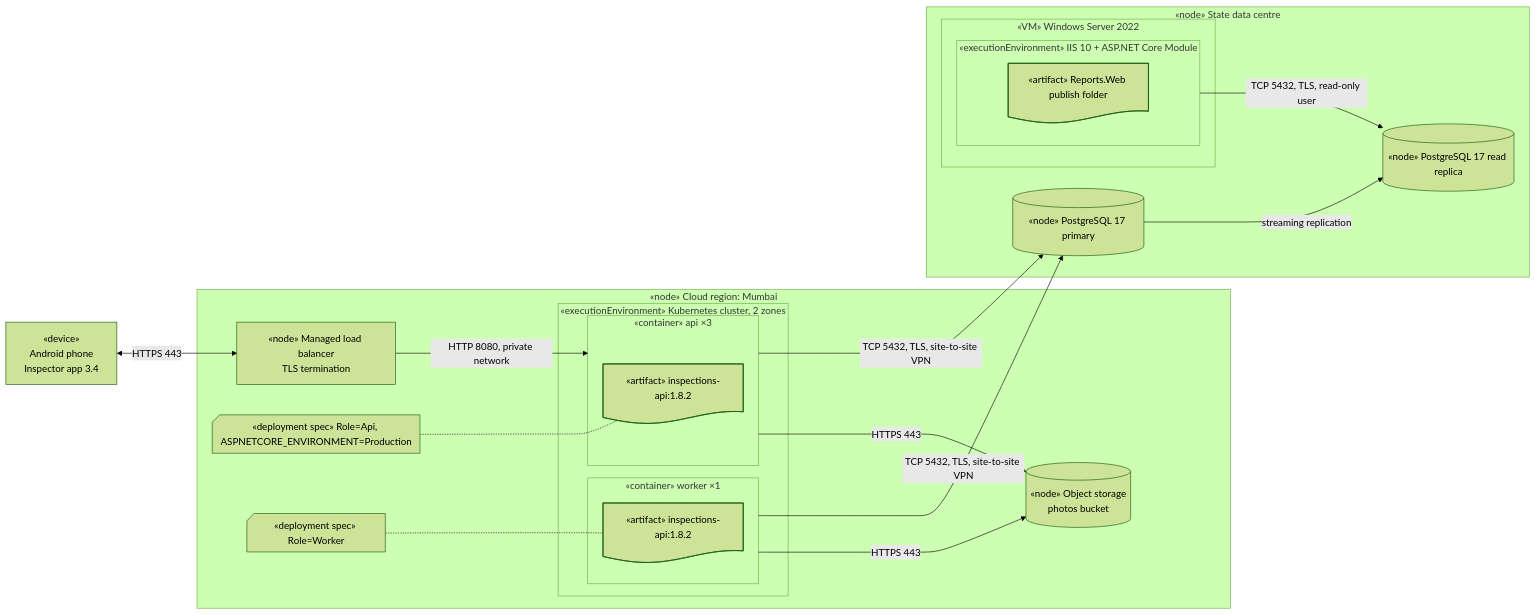
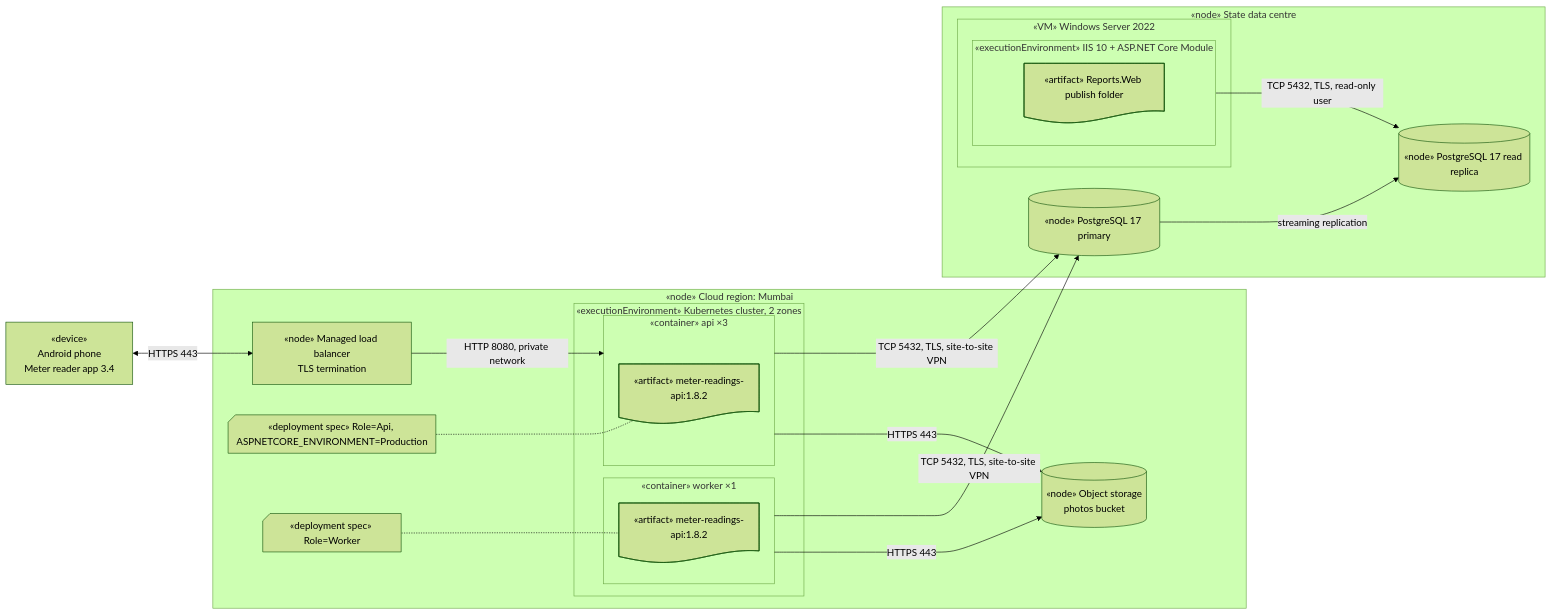
One commit to rizwi0786/system-design-lab changed the first of 7 diagrams in content/lessons/m05/m05-deployment-diagrams.md. Above: the diagram before and after it, drawn with Mermaid (forest theme). The commit also changed other lines of this file and 334 other files, not shown here.

````diff
--- a/content/lessons/m05/m05-deployment-diagrams.md
+++ b/content/lessons/m05/m05-deployment-diagrams.md
@@ -193,37 +193,37 @@
 ```mermaid
 flowchart LR
-    phone["«device»<br/>Android phone<br/>Inspector app 3.4"]
+    phone["«device»<br/>Android phone<br/>Meter reader app 3.4"]
     subgraph cloud["«node» Cloud region: Mumbai"]
         lb["«node» Managed load balancer<br/>TLS termination"]
         subgraph k8s["«executionEnvironment» Kubernetes cluster, 2 zones"]
             subgraph apiPod["«container» api ×3"]
-                apiImage@{ shape: doc, label: "«artifact» inspections-api:1.8.2" }
+                apiImage@{ shape: doc, label: "«artifact» meter-readings-api:1.8.2" }
             end
             subgraph workerPod["«container» worker ×1"]
-                workerImage@{ shape: doc, label: "«artifact» inspections-api:1.8.2" }
+                workerImage@{ shape: doc, label: "«artifact» meter-readings-api:1.8.2" }
             end
         end
         store[("«node» Object storage<br/>photos bucket")]
         apiSpec@{ shape: notch-rect, label: "«deployment spec» Role=Api, ASPNETCORE_ENVIRONMENT=Production" }
         workerSpec@{ shape: notch-rect, label: "«deployment spec» Role=Worker" }
     end
     subgraph dc["«node» State data centre"]
         primary[("«node» PostgreSQL 17 primary")]
         replica[("«node» PostgreSQL 17 read replica")]
         subgraph vm["«VM» Windows Server 2022"]
             subgraph iis["«executionEnvironment» IIS 10 + ASP.NET Core Module"]
                 reportsArt@{ shape: doc, label: "«artifact» Reports.Web publish folder" }
             end
         end
     end
     phone <-->|"HTTPS 443"| lb
     lb -->|"HTTP 8080, private network"| apiPod
     apiPod -->|"TCP 5432, TLS, site-to-site VPN"| primary
     workerPod -->|"TCP 5432, TLS, site-to-site VPN"| primary
     apiPod -->|"HTTPS 443"| store
     workerPod -->|"HTTPS 443"| store
     primary -->|"streaming replication"| replica
     iis -->|"TCP 5432, TLS, read-only user"| replica
     apiSpec -.- apiImage
     workerSpec -.- workerImage
 ```
````
